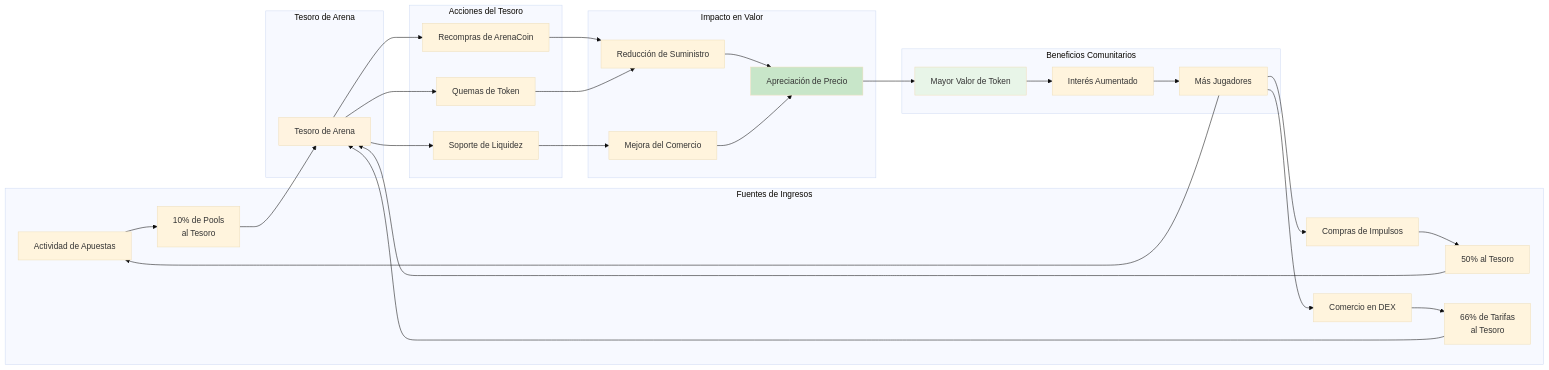
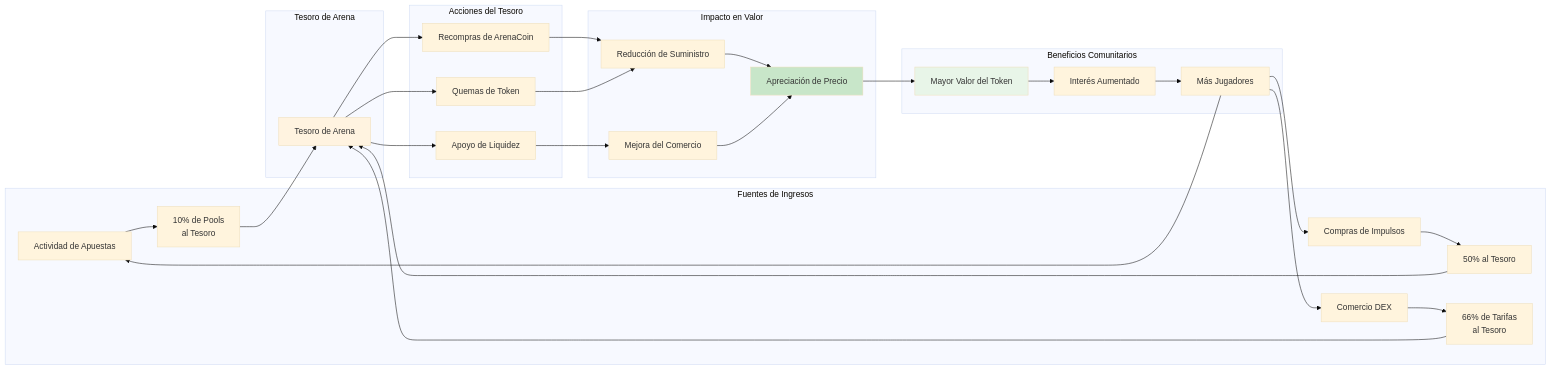
One commit to b3-fun/b3 changed the second of 2 diagrams in docs/es/hypeduel/arenacoins.mdx. Above: the diagram before and after it, drawn with Mermaid (base theme). The commit also changed other lines of this file and 52 other files, not shown here.

````diff
--- a/docs/es/hypeduel/arenacoins.mdx
+++ b/docs/es/hypeduel/arenacoins.mdx
@@ -161,41 +163,41 @@
 ```mermaid
 graph LR
     subgraph "Fuentes de Ingresos"
         A[Actividad de Apuestas] --> B[10% de Pools<br/>al Tesoro]
         C[Compras de Impulsos] --> D[50% al Tesoro]
-        E[Comercio en DEX] --> F[66% de Tarifas<br/>al Tesoro]
+        E[Comercio DEX] --> F[66% de Tarifas<br/>al Tesoro]
     end
 
     subgraph "Tesoro de Arena"
         B --> T[Tesoro de Arena]
         D --> T
         F --> T
     end
 
     subgraph "Acciones del Tesoro"
         T --> G[Recompras de ArenaCoin]
         T --> H[Quemas de Token]
-        T --> I[Soporte de Liquidez]
+        T --> I[Apoyo de Liquidez]
     end
 
     subgraph "Impacto en Valor"
         G --> J[Reducción de Suministro]
         H --> J
         I --> K[Mejora del Comercio]
         J --> L[Apreciación de Precio]
         K --> L
     end
 
     subgraph "Beneficios Comunitarios"
-        L --> M[Mayor Valor de Token]
+        L --> M[Mayor Valor del Token]
         M --> N[Interés Aumentado]
         N --> O[Más Jugadores]
         O --> A
         O --> C
         O --> E
     end
 
     style T fill:#fff3e0
     style L fill:#c8e6c9
     style M fill:#e8f5e8
 ```
````
